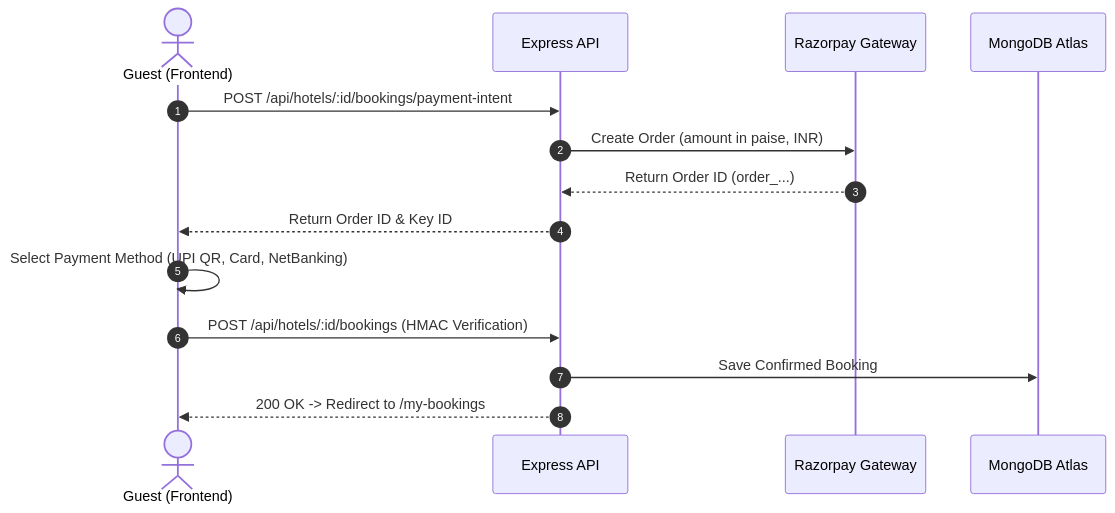
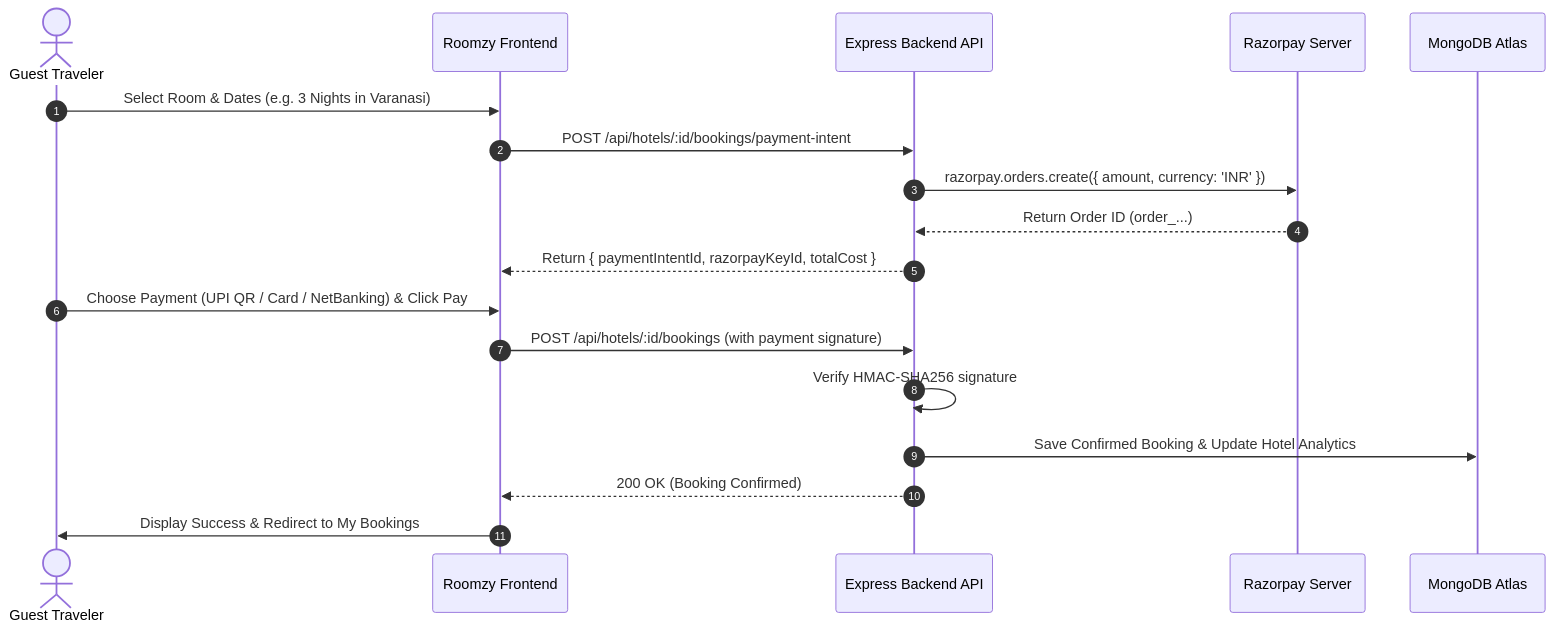
Before and after one commit to kunalmallick734-pixel/Hotel-Booking-Management-System: the second of 2 diagrams in README.md, drawn with Mermaid. The commit also changed other lines of this file, not shown here.

Commit message:
docs: expand README with comprehensive documentation, screenshots gallery, and architecture guides

````diff
--- a/README.md
+++ b/README.md
@@ -155,17 +202,21 @@
 ```mermaid
 sequenceDiagram
     autonumber
-    actor Guest as Guest (Frontend)
-    participant Backend as Express API
-    participant RZP as Razorpay Gateway
+    actor Guest as Guest Traveler
+    participant Frontend as Roomzy Frontend
+    participant Backend as Express Backend API
+    participant RZP as Razorpay Server
     participant DB as MongoDB Atlas
 
-    Guest->>Backend: POST /api/hotels/:id/bookings/payment-intent
-    Backend->>RZP: Create Order (amount in paise, INR)
+    Guest->>Frontend: Select Room & Dates (e.g. 3 Nights in Varanasi)
+    Frontend->>Backend: POST /api/hotels/:id/bookings/payment-intent
+    Backend->>RZP: razorpay.orders.create({ amount, currency: 'INR' })
     RZP-->>Backend: Return Order ID (order_...)
-    Backend-->>Guest: Return Order ID & Key ID
-    Guest->>Guest: Select Payment Method (UPI QR, Card, NetBanking)
-    Guest->>Backend: POST /api/hotels/:id/bookings (HMAC Verification)
-    Backend->>DB: Save Confirmed Booking
-    Backend-->>Guest: 200 OK -> Redirect to /my-bookings
+    Backend-->>Frontend: Return { paymentIntentId, razorpayKeyId, totalCost }
+    Guest->>Frontend: Choose Payment (UPI QR / Card / NetBanking) & Click Pay
+    Frontend->>Backend: POST /api/hotels/:id/bookings (with payment signature)
+    Backend->>Backend: Verify HMAC-SHA256 signature
+    Backend->>DB: Save Confirmed Booking & Update Hotel Analytics
+    Backend-->>Frontend: 200 OK (Booking Confirmed)
+    Frontend->>Guest: Display Success & Redirect to My Bookings
 ```
````
